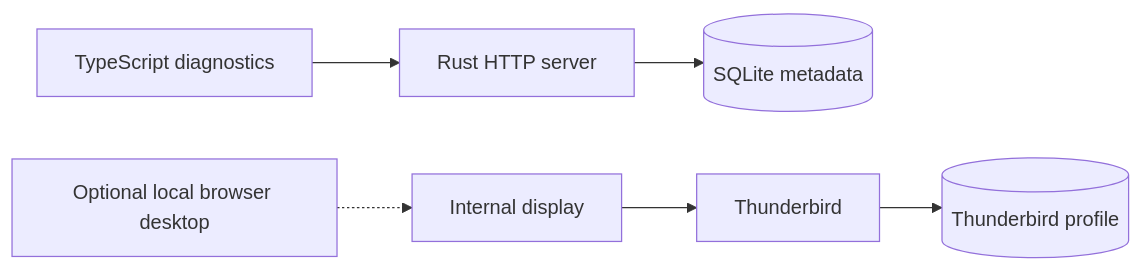
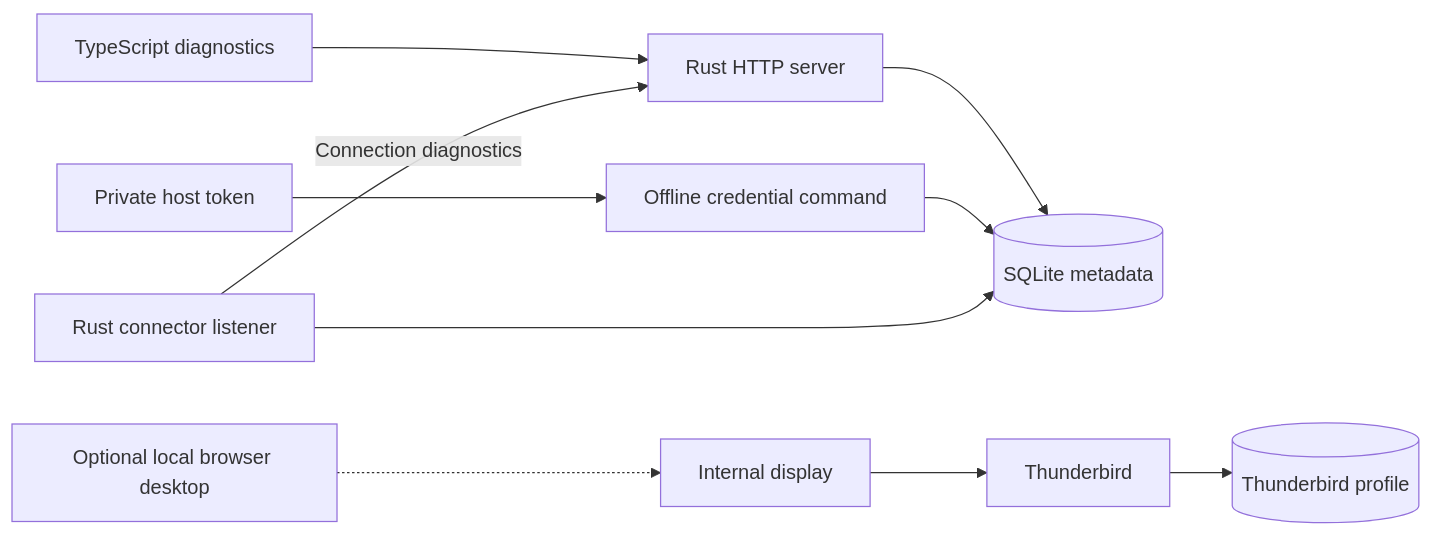
The diagram in docs/reference/architecture.md (woswos/raicho), drawn with Mermaid before and after one commit. The commit also changed other lines of this file and 71 other files, not shown here.

````diff
--- a/docs/reference/architecture.md
+++ b/docs/reference/architecture.md
@@ -45,8 +54,12 @@
 ```mermaid
 flowchart LR
     Browser[TypeScript diagnostics] --> Server[Rust HTTP server]
     Server --> State[(SQLite metadata)]
+    Provisioner[Offline credential command] --> State
+    Token[Private host token] --> Provisioner
     Admin[Optional local browser desktop] -.-> Display[Internal display]
     Display --> Thunderbird[Thunderbird]
     Thunderbird --> Profile[(Thunderbird profile)]
+    Listener[Rust connector listener] --> State
+    Listener -->|Connection diagnostics| Server
 ```
````
